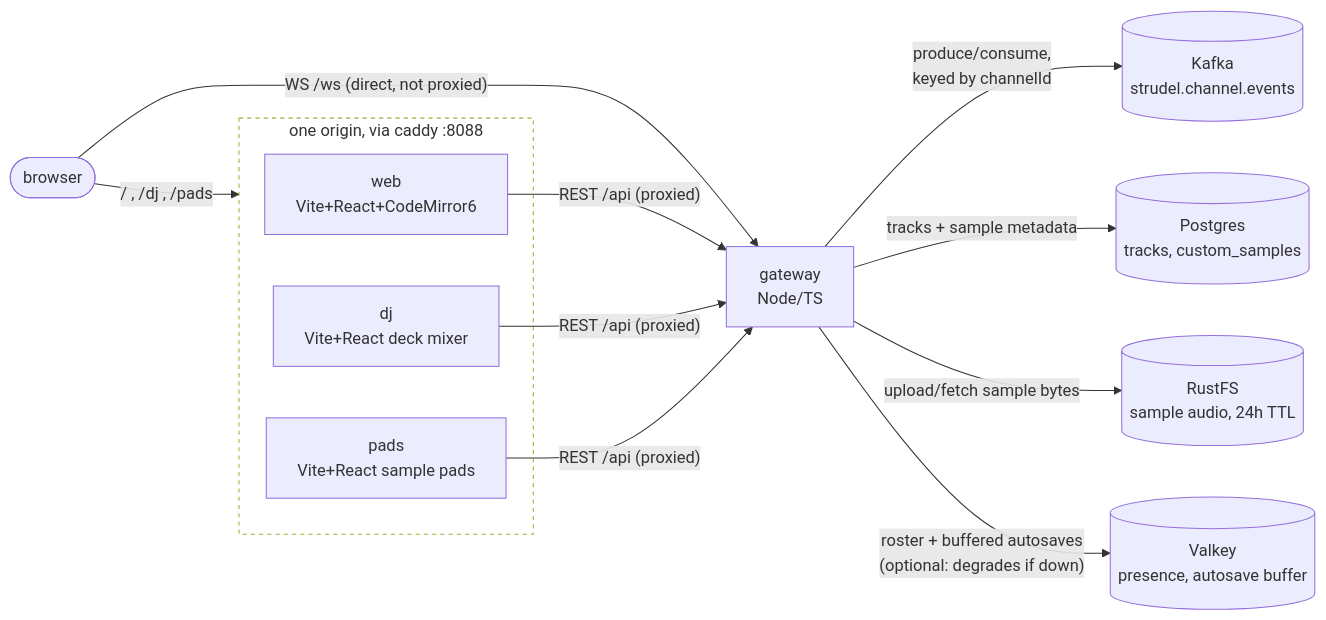
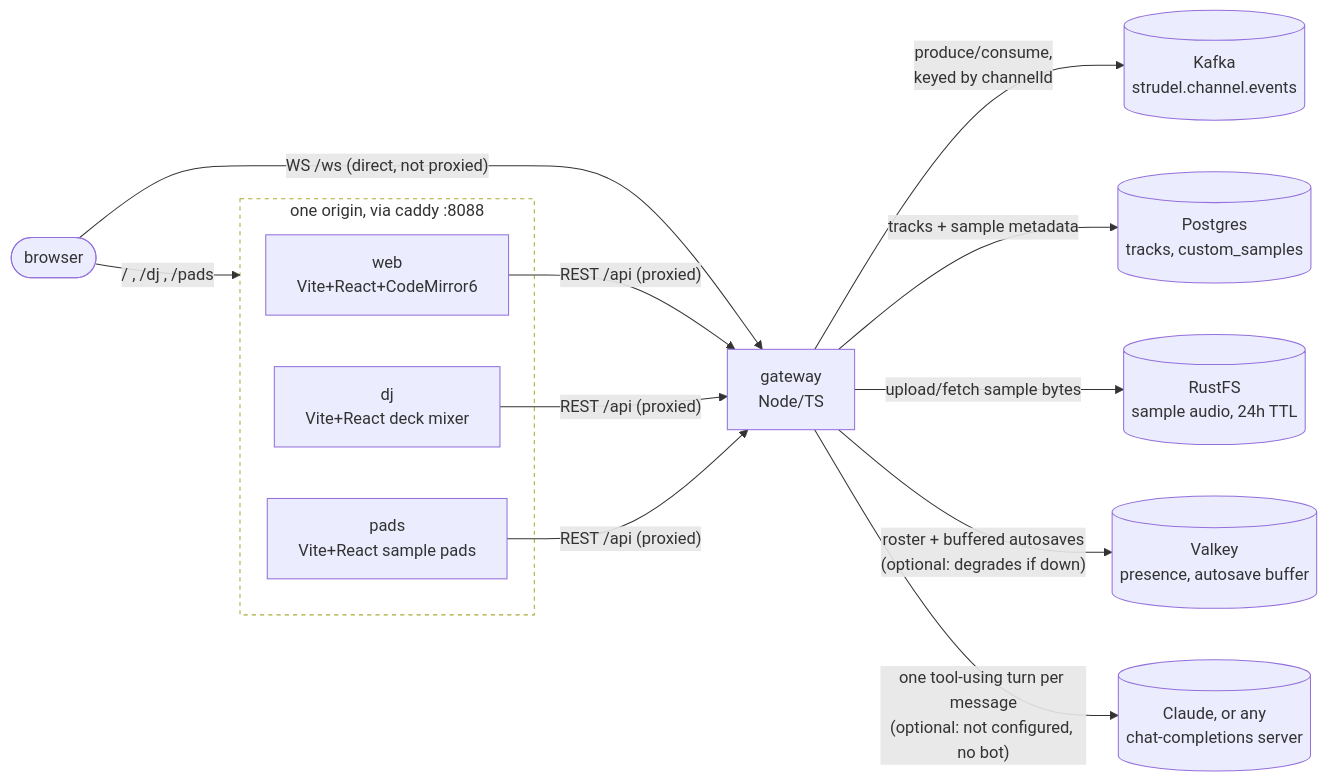
Before and after one commit to kjaymiller/strudel-point: the first of 5 diagrams in README.md, drawn with Mermaid. The commit also changed other lines of this file and 48 other files, not shown here.

````diff
--- a/README.md
+++ b/README.md
@@ -10,30 +10,32 @@
 ```mermaid
 flowchart LR
     browser(["browser"])
 
     subgraph edge["one origin, via caddy :8088"]
         web["web\nVite+React+CodeMirror6"]
         dj["dj\nVite+React deck mixer"]
         pads["pads\nVite+React sample pads"]
     end
 
     gw["gateway\nNode/TS"]
     kafka[("Kafka\nstrudel.channel.events")]
     pg[("Postgres\ntracks, custom_samples")]
     rustfs[("RustFS\nsample audio, 24h TTL")]
     valkey[("Valkey\npresence, autosave buffer")]
+    llm[("Claude, or any\nchat-completions server")]
 
     browser -- "/ , /dj , /pads" --> edge
     browser -- "WS /ws (direct, not proxied)" --> gw
 
     web -- "REST /api (proxied)" --> gw
     dj -- "REST /api (proxied)" --> gw
     pads -- "REST /api (proxied)" --> gw
 
     gw -- "produce/consume,\nkeyed by channelId" --> kafka
     gw -- "tracks + sample metadata" --> pg
     gw -- "upload/fetch sample bytes" --> rustfs
     gw -- "roster + buffered autosaves\n(optional: degrades if down)" --> valkey
+    gw -- "one tool-using turn per message\n(optional: not configured, no bot)" --> llm
 
     style edge fill:none,stroke-dasharray: 4 4
 ```
````
